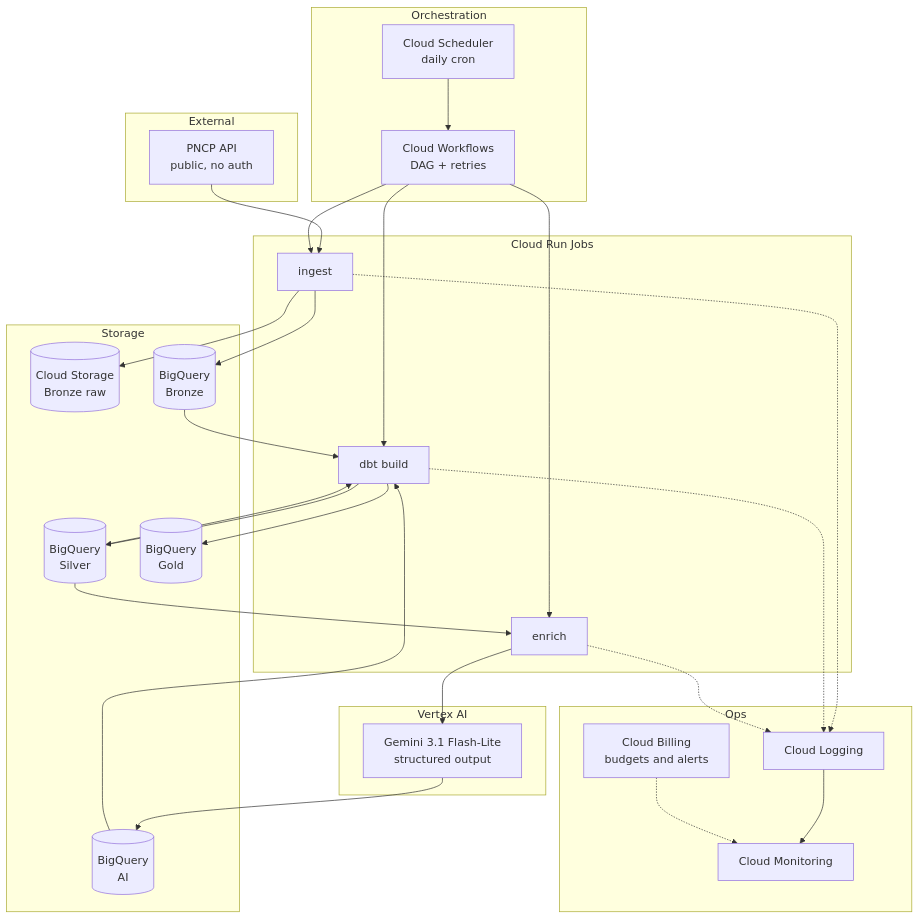
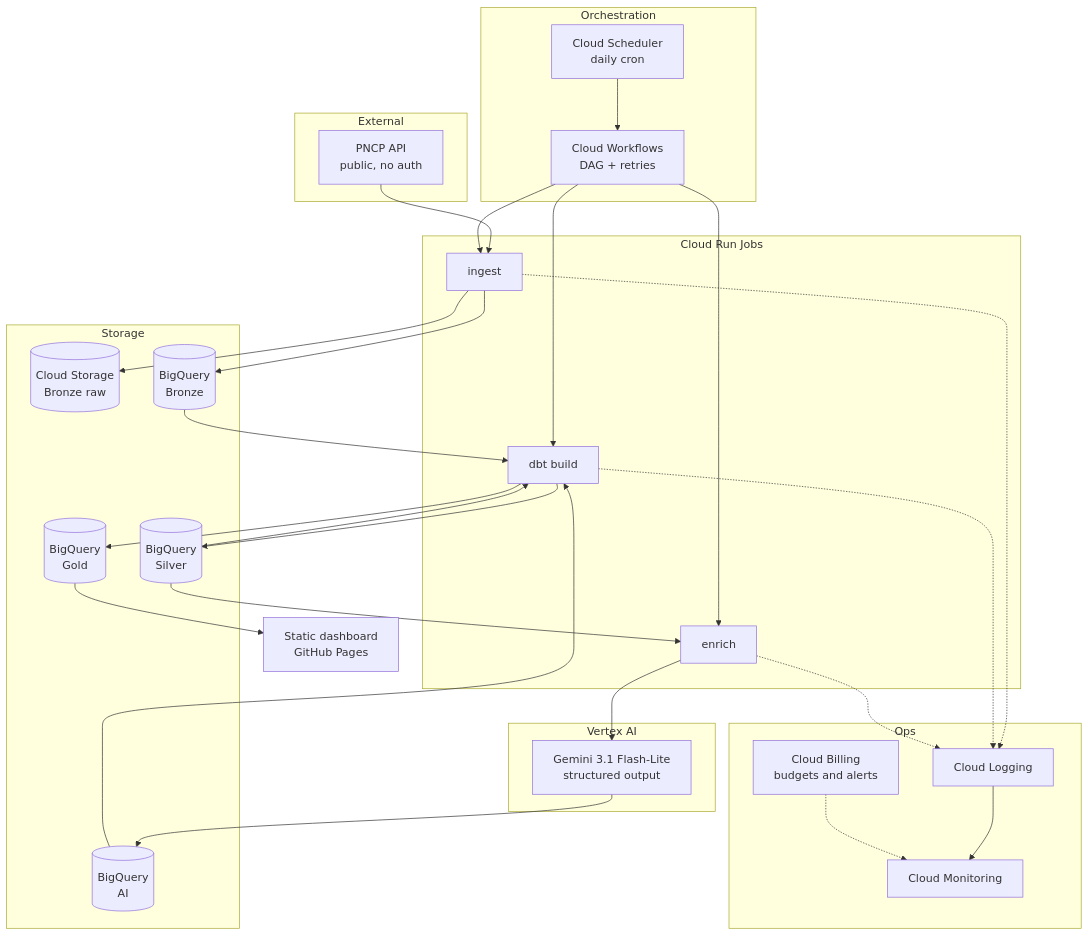
Before and after one commit to jmonteiroalves/pncp-data-pipeline: the diagram in docs/architecture.md, drawn with Mermaid. The commit also changed other lines of this file and 27 other files, not shown here.

````diff
--- a/docs/architecture.md
+++ b/docs/architecture.md
@@ -36,56 +36,57 @@
 ```mermaid
 flowchart TB
   subgraph External
     PNCP["PNCP API<br/>public, no auth"]
   end
 
   subgraph Orchestration
     SCH["Cloud Scheduler<br/>daily cron"]
     WF["Cloud Workflows<br/>DAG + retries"]
   end
 
   subgraph Compute["Cloud Run Jobs"]
     ING["ingest"]
     DBTJ["dbt build"]
     ENR["enrich"]
   end
 
   subgraph Storage
     GCS[("Cloud Storage<br/>Bronze raw")]
     BQB[("BigQuery<br/>Bronze")]
     BQS[("BigQuery<br/>Silver")]
     BQA[("BigQuery<br/>AI")]
     BQG[("BigQuery<br/>Gold")]
   end
 
   subgraph AI["Vertex AI"]
     GEM["Gemini 3.1 Flash-Lite<br/>structured output"]
   end
 
   subgraph Ops
     LOG["Cloud Logging"]
     MON["Cloud Monitoring"]
     BUD["Cloud Billing<br/>budgets and alerts"]
   end
 
   PNCP --> ING
   SCH --> WF
   WF --> ING
   WF --> DBTJ
   WF --> ENR
   ING --> GCS
   ING --> BQB
   BQB --> DBTJ
   DBTJ --> BQS
   BQS --> ENR
   ENR --> GEM
   GEM --> BQA
   BQS --> DBTJ
   BQA --> DBTJ
   DBTJ --> BQG
+  BQG --> DASH["Static dashboard<br/>GitHub Pages"]
   ING -.-> LOG
   DBTJ -.-> LOG
   ENR -.-> LOG
   LOG --> MON
   BUD -.-> MON
 ```
````
